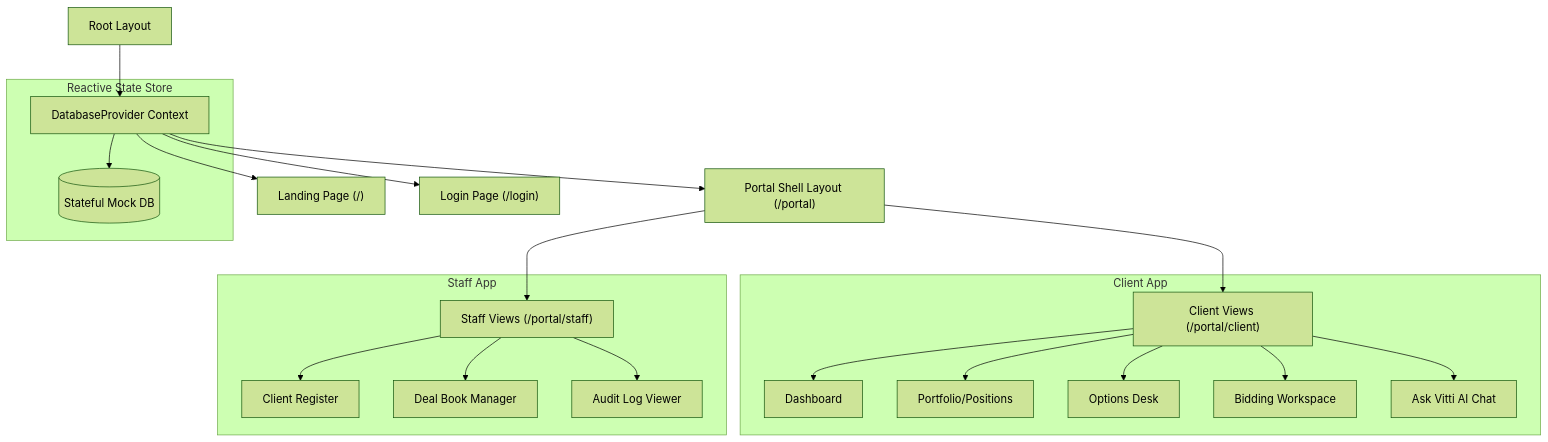
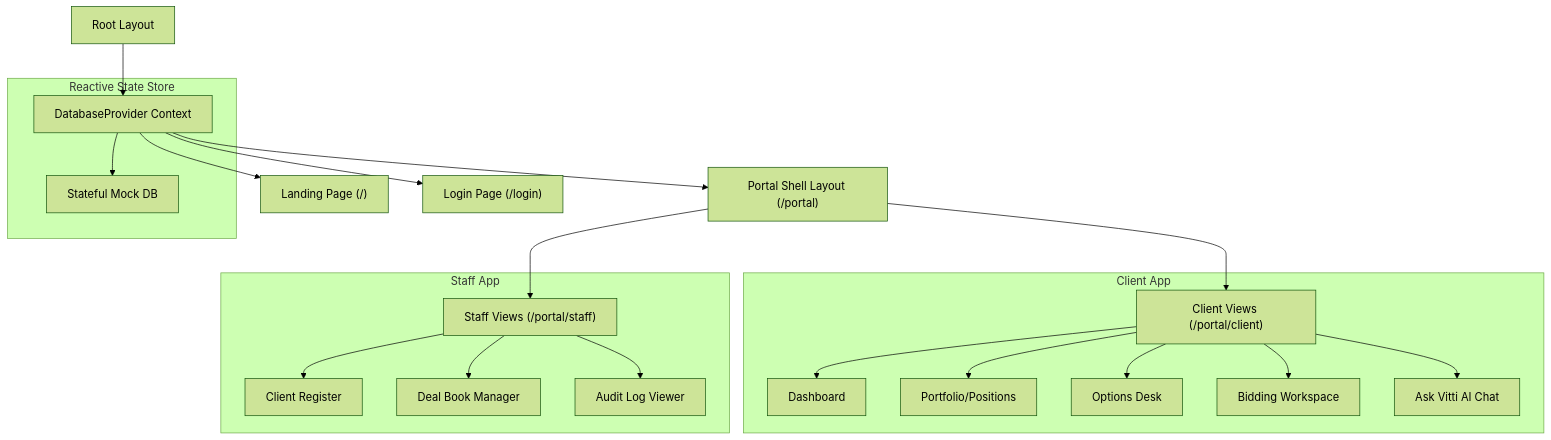
One commit to Vitti-Capital-Tech/client-dashboard changed the diagram in docs/HLD.md. Above: the diagram before and after it, drawn with Mermaid (forest theme).

Commit message:
Fix Mermaid syntax in HLD.md for compatibility with markdown renderers

````diff
--- a/docs/HLD.md
+++ b/docs/HLD.md
@@ -15,27 +15,27 @@
 ```mermaid
 graph TD
     A["Root Layout"] --> B["DatabaseProvider Context"]
     B --> C["Landing Page (/)"]
     B --> D["Login Page (/login)"]
     B --> E["Portal Shell Layout (/portal)"]
     E --> F["Client Views (/portal/client)"]
     E --> G["Staff Views (/portal/staff)"]
     
-    subgraph Reactive State Store
-        B --> DB[("Stateful Mock DB")]
+    subgraph "Reactive State Store"
+        B --> DB["Stateful Mock DB"]
     end
     
-    subgraph Client App
+    subgraph "Client App"
         F --> F1["Dashboard"]
         F --> F2["Portfolio/Positions"]
         F --> F3["Options Desk"]
         F --> F4["Bidding Workspace"]
         F --> F5["Ask Vitti AI Chat"]
     end
     
-    subgraph Staff App
+    subgraph "Staff App"
         G --> G1["Client Register"]
         G --> G2["Deal Book Manager"]
         G --> G3["Audit Log Viewer"]
     end
 ```
````
